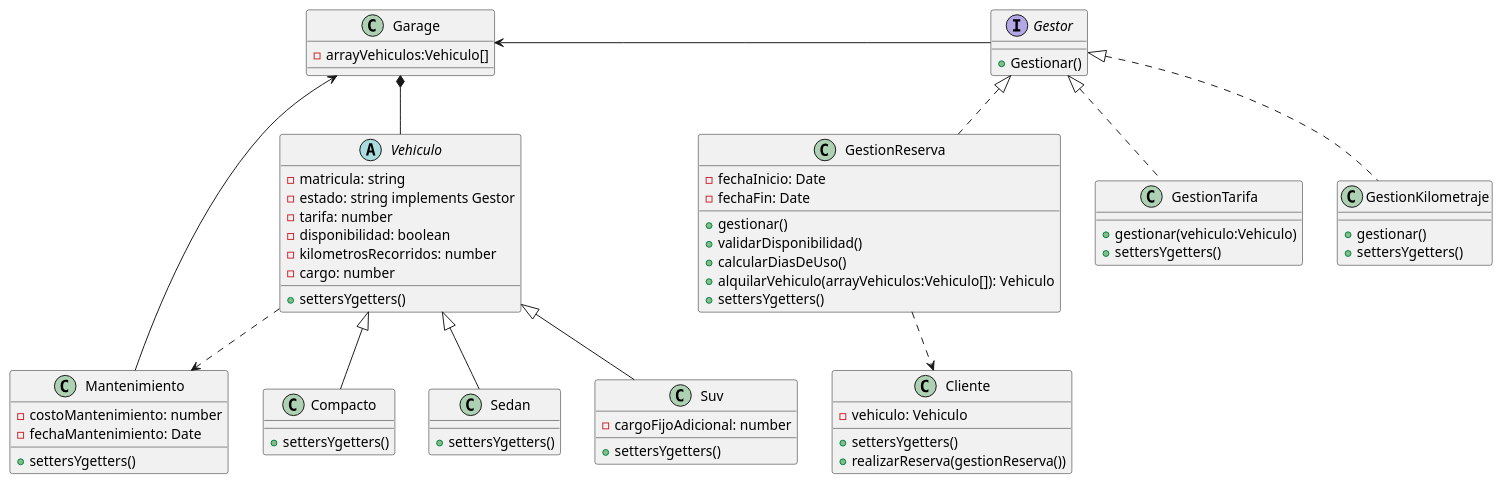
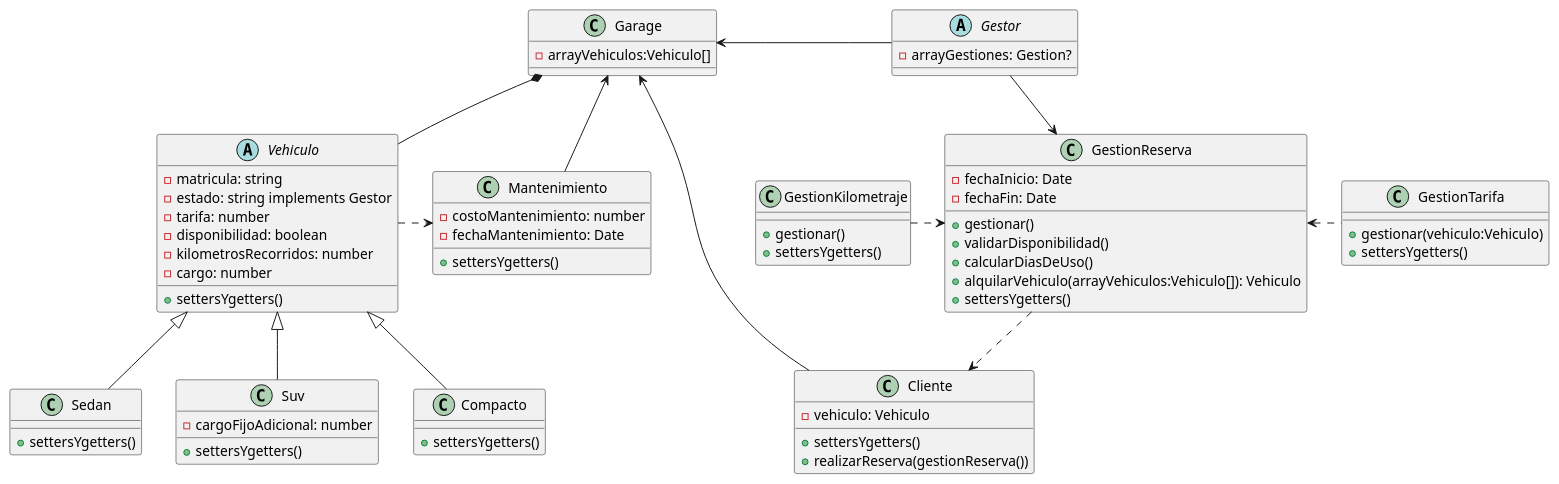
One commit to antonellaBelenVidela/Programacion2Grupo7 changed the diagram in diagramas/diagramaDeClases.puml. Above: the diagram before and after it, drawn with PlantUML. The commit also changed 10 other files, not shown here.

```diff
--- a/diagramas/diagramaDeClases.puml
+++ b/diagramas/diagramaDeClases.puml
@@ -1,94 +1,91 @@
 @startuml DriveHub
- 
-'Preguntas:
-'Garage Entidad encargada de todo? 
-'Podemos hacer una interfaz para las Gestiones?'
-
 'Garage Pulpo derivador de Tareas'
 'Interfaz Gestor de tarifas'
 'Biblioteca Moment JS para calculos de fecha'
 
 
-
-
 'Relaciones'
 Garage *-d- Vehiculo
+Vehiculo .r.> Mantenimiento
+Garage <- Cliente
 GestionReserva ..> Cliente
-Vehiculo .d.> Mantenimiento
+GestionReserva <.r. GestionTarifa
+GestionReserva <.l. GestionKilometraje
+Gestor --> GestionReserva
 
 Garage <-r- Gestor
 Garage <- Mantenimiento
 
 class Garage{
     - arrayVehiculos:Vehiculo[]
 }
 
 abstract class Vehiculo{
     - matricula: string
     - estado: string implements Gestor
     - tarifa: number
     - disponibilidad: boolean
     - kilometrosRecorridos: number
     - cargo: number
  
     + settersYgetters()
 }
 
-interface Gestor{
-    + Gestionar()
+abstract class Gestor{
+    - arrayGestiones: Gestion?
 }
 
 class Compacto extends Vehiculo{
     + settersYgetters()
 }
 
 class Sedan extends Vehiculo{
 
     + settersYgetters()
 }
 
 class Suv extends Vehiculo{
 
     - cargoFijoAdicional: number
     + settersYgetters()
 }
 
 class Cliente {
     - vehiculo: Vehiculo
 
     + settersYgetters()
     + realizarReserva(gestionReserva())
 }
 
-class GestionReserva implements Gestor{
+class GestionReserva{
 
     - fechaInicio: Date
     - fechaFin: Date
 
     + gestionar()    
     + validarDisponibilidad()
     + calcularDiasDeUso()
     + alquilarVehiculo(arrayVehiculos:Vehiculo[]): Vehiculo
     + settersYgetters()
 }
 
-class GestionTarifa implements Gestor{
+class GestionTarifa{
 
     + gestionar(vehiculo:Vehiculo)
     + settersYgetters()
 }
 
-class GestionKilometraje implements Gestor{
+class GestionKilometraje{
 
     + gestionar()
     + settersYgetters()
 }
 
 class Mantenimiento{
     - costoMantenimiento: number
     - fechaMantenimiento: Date
 
     + settersYgetters()
 }
 
 @enduml
```
